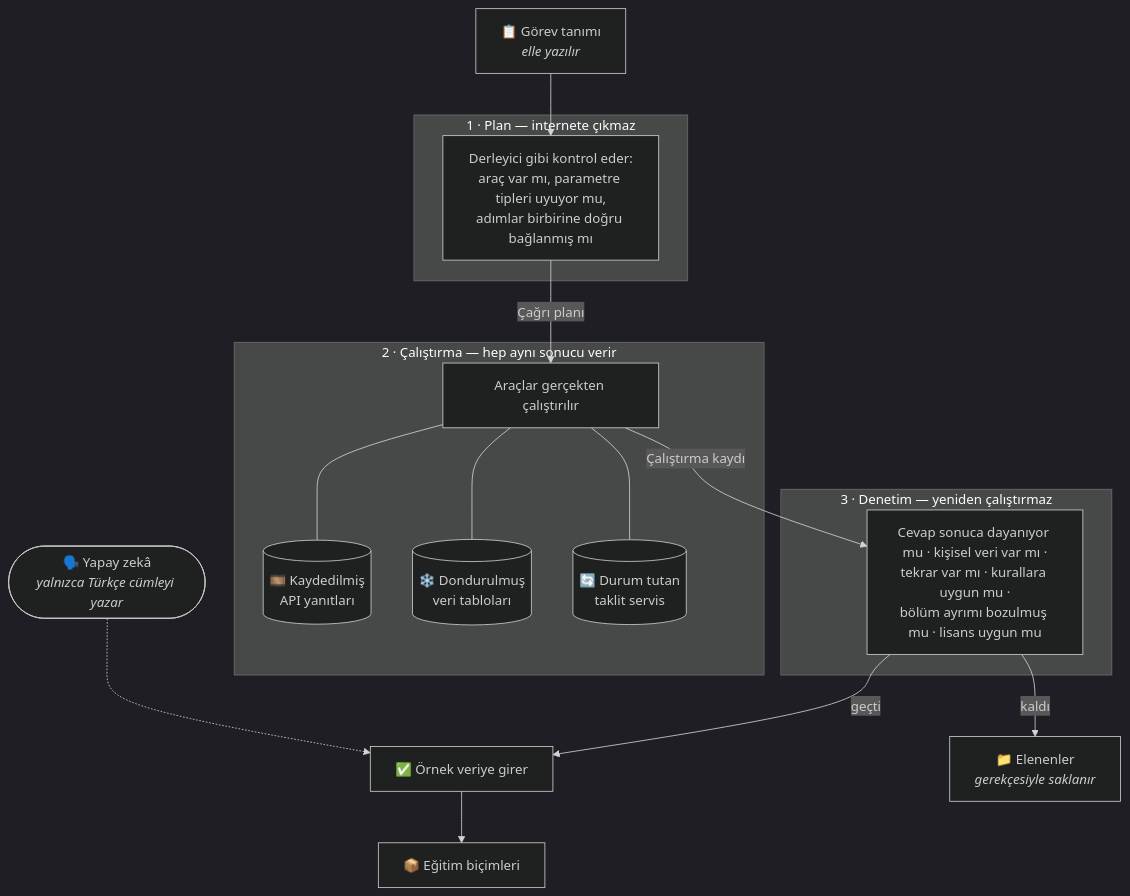
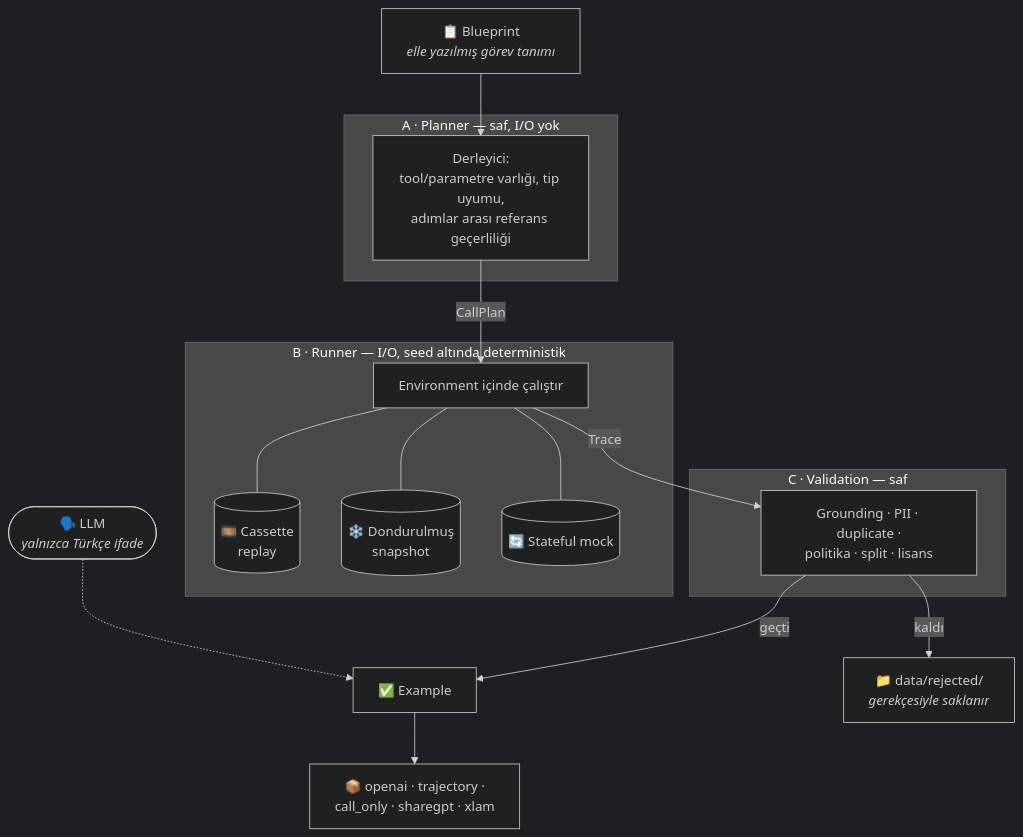
Before and after one commit to bilalabic/toolcall-tr: the diagram in README.md, drawn with Mermaid (dark theme). The commit also changed other lines of this file, not shown here.

First line of the commit message:
README: teknik bolumlerde uygun terminolojiye donuldu

````diff
--- a/README.md
+++ b/README.md
@@ -47,30 +47,30 @@
 ```mermaid
 flowchart TD
-    BP["📋 Görev tanımı<br/><i>elle yazılır</i>"]
+    BP["📋 Blueprint<br/><i>elle yazılmış görev tanımı</i>"]
     BP --> P
 
-    subgraph A["1 · Plan — internete çıkmaz"]
-        P["Derleyici gibi kontrol eder:<br/>araç var mı, parametre tipleri uyuyor mu,<br/>adımlar birbirine doğru bağlanmış mı"]
+    subgraph A["A · Planner — saf, I/O yok"]
+        P["Derleyici:<br/>tool/parametre varlığı, tip uyumu,<br/>adımlar arası referans geçerliliği"]
     end
 
-    P -->|Çağrı planı| R
+    P -->|CallPlan| R
 
-    subgraph B["2 · Çalıştırma — hep aynı sonucu verir"]
-        R["Araçlar gerçekten çalıştırılır"]
-        R --- CAS[("🎞️ Kaydedilmiş<br/>API yanıtları")]
-        R --- SNAP[("❄️ Dondurulmuş<br/>veri tabloları")]
-        R --- MOCK[("🔄 Durum tutan<br/>taklit servis")]
+    subgraph B["B · Runner — I/O, seed altında deterministik"]
+        R["Environment içinde çalıştır"]
+        R --- CAS[("🎞️ Cassette<br/>replay")]
+        R --- SNAP[("❄️ Dondurulmuş<br/>snapshot")]
+        R --- MOCK[("🔄 Stateful mock")]
     end
 
-    R -->|Çalıştırma kaydı| V
+    R -->|Trace| V
 
-    subgraph C["3 · Denetim — yeniden çalıştırmaz"]
-        V["Cevap sonuca dayanıyor mu · kişisel veri var mı ·<br/>tekrar var mı · kurallara uygun mu ·<br/>bölüm ayrımı bozulmuş mu · lisans uygun mu"]
+    subgraph C["C · Validation — saf"]
+        V["Grounding · PII · duplicate ·<br/>politika · split · lisans"]
     end
 
-    V -->|geçti| OK["✅ Örnek veriye girer"]
-    V -->|kaldı| NO["📁 Elenenler<br/><i>gerekçesiyle saklanır</i>"]
+    V -->|geçti| OK["✅ Example"]
+    V -->|kaldı| NO["📁 data/rejected/<br/><i>gerekçesiyle saklanır</i>"]
 
-    LLM(["🗣️ Yapay zekâ<br/><i>yalnızca Türkçe cümleyi yazar</i>"]) -.-> OK
-    OK --> EXP["📦 Eğitim biçimleri"]
+    LLM(["🗣️ LLM<br/><i>yalnızca Türkçe ifade</i>"]) -.-> OK
+    OK --> EXP["📦 openai · trajectory ·<br/>call_only · sharegpt · xlam"]
 ```
````
